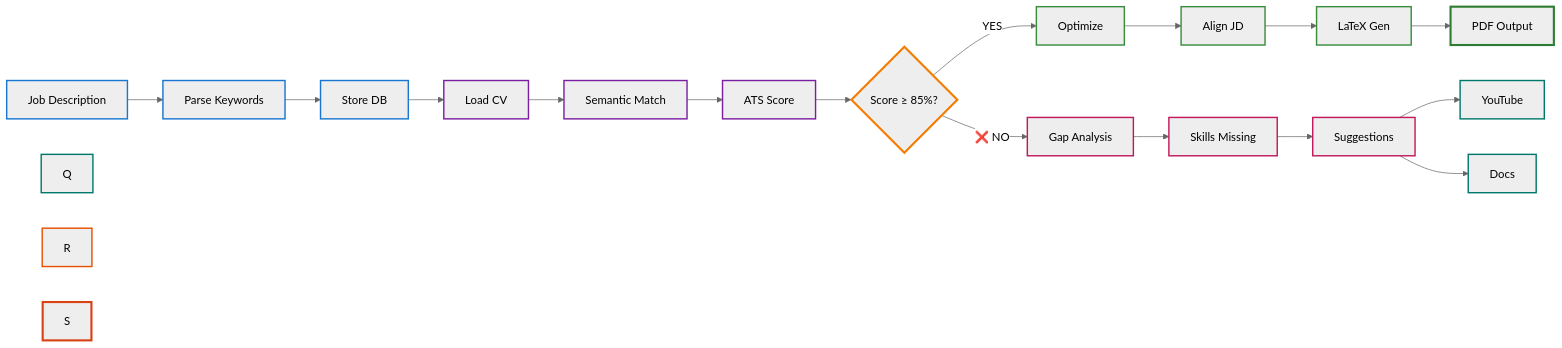
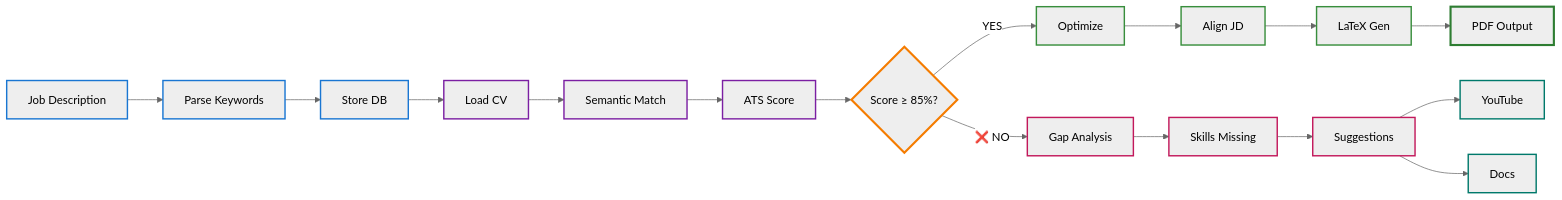
The second of 2 diagrams in README.md (Kaviya242709/Resume-Builder-), drawn with Mermaid (neutral theme) before and after one commit. The commit also changed other lines of this file, not shown here.

````diff
--- a/README.md
+++ b/README.md
@@ -51,49 +58,46 @@
 ```mermaid
 graph LR
     A["Job Description"] --> B["Parse Keywords"]
     B --> C["Store DB"]
     C --> D["Load CV"]
     D --> E["Semantic Match"]
     E --> F["ATS Score"]
     
     F --> G{Score ≥ 85%?}
     
     G -->|YES| H["Optimize"]
     H --> I["Align JD"]
     I --> J["LaTeX Gen"]
     J --> K["PDF Output"]
     
     G -->|❌ NO| L["Gap Analysis"]
     L --> M["Skills Missing"]
     M --> N[" Suggestions"]
     
     N --> O["YouTube"]
     N --> P["Docs"]
     
     
     style A stroke:#1976d2,stroke-width:2px
     style B stroke:#1976d2,stroke-width:2px
     style C stroke:#1976d2,stroke-width:2px
     
     style D stroke:#7b1fa2,stroke-width:2px
     style E stroke:#7b1fa2,stroke-width:2px
     style F stroke:#7b1fa2,stroke-width:2px
     
     style G stroke:#f57c00,stroke-width:3px
     
     style H stroke:#388e3c,stroke-width:2px
     style I stroke:#388e3c,stroke-width:2px
     style J stroke:#388e3c,stroke-width:2px
     style K stroke:#2e7d32,stroke-width:3px
     
     style L stroke:#c2185b,stroke-width:2px
     style M stroke:#c2185b,stroke-width:2px
     style N stroke:#c2185b,stroke-width:2px
     
     style O stroke:#00796b,stroke-width:2px
     style P stroke:#00796b,stroke-width:2px
-    style Q stroke:#00796b,stroke-width:2px
-    
-    style R stroke:#e65100,stroke-width:2px
-    style S stroke:#d84315,stroke-width:3px
+
 ```
````
